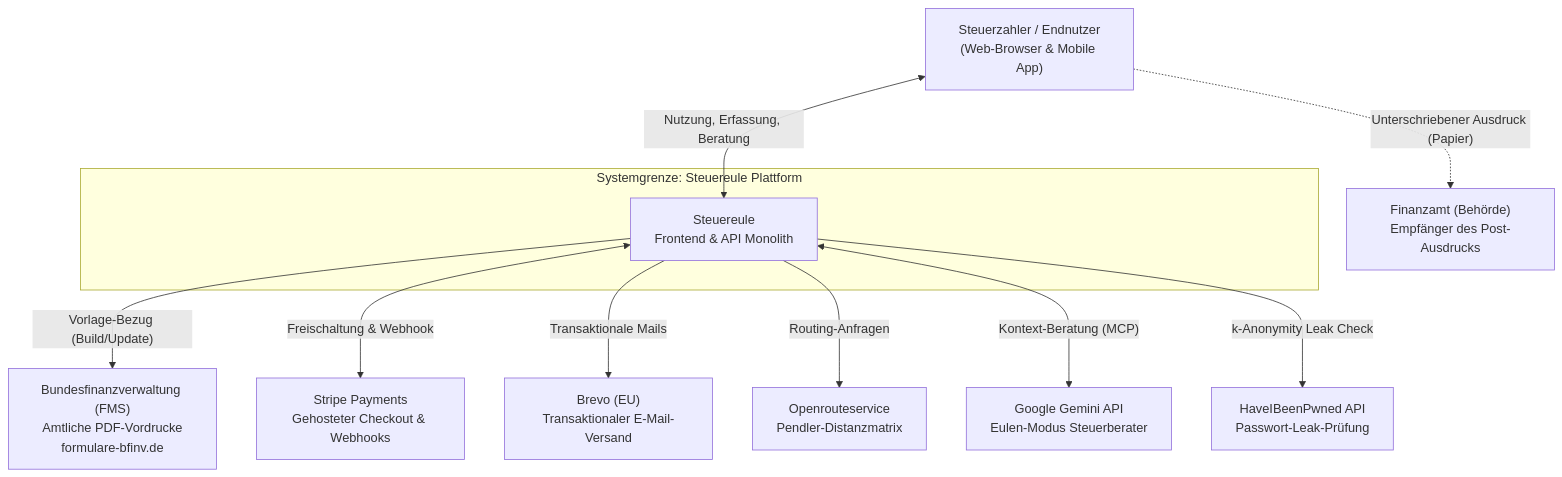
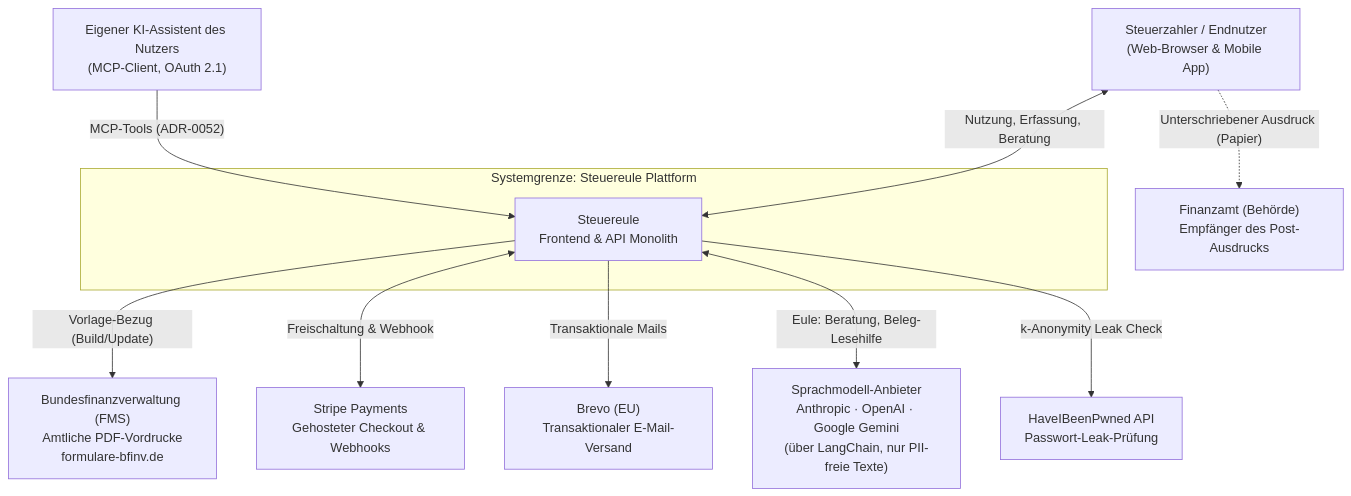
The first of 6 diagrams in docs/architecture.md (NexusHero/Steuereule), drawn with Mermaid before and after one commit. The commit also changed other lines of this file and 4 other files, not shown here.

First line of the commit message:
docs(architecture): the hexagon, drawn and explained

````diff
--- a/docs/architecture.md
+++ b/docs/architecture.md
@@ -83,25 +83,25 @@
 ```mermaid
 flowchart TD
   User["Steuerzahler / Endnutzer\n(Web-Browser & Mobile App)"]
 
   subgraph SystemBoundary ["Systemgrenze: Steuereule Plattform"]
     App["Steuereule\nFrontend & API Monolith"]
   end
 
   BMF["Bundesfinanzverwaltung (FMS)\nAmtliche PDF-Vordrucke\nformulare-bfinv.de"]
   Stripe["Stripe Payments\nGehosteter Checkout & Webhooks"]
   Brevo["Brevo (EU)\nTransaktionaler E-Mail-Versand"]
-  ORS["Openrouteservice\nPendler-Distanzmatrix"]
-  Gemini["Google Gemini API\nEulen-Modus Steuerberater"]
+  LLM["Sprachmodell-Anbieter\nAnthropic · OpenAI · Google Gemini\n(über LangChain, nur PII-freie Texte)"]
+  Assistant["Eigener KI-Assistent des Nutzers\n(MCP-Client, OAuth 2.1)"]
   HIBP["HaveIBeenPwned API\nPasswort-Leak-Prüfung"]
   Finanzamt["Finanzamt (Behörde)\nEmpfänger des Post-Ausdrucks"]
 
   User <-->|"Nutzung, Erfassung, Beratung"| App
   App -->|"Vorlage-Bezug (Build/Update)"| BMF
   App <-->|"Freischaltung & Webhook"| Stripe
   App -->|"Transaktionale Mails"| Brevo
-  App -->|"Routing-Anfragen"| ORS
-  App <-->|"Kontext-Beratung (MCP)"| Gemini
+  App <-->|"Eule: Beratung, Beleg-Lesehilfe"| LLM
+  Assistant -->|"MCP-Tools (ADR-0052)"| App
   App -->|"k-Anonymity Leak Check"| HIBP
   User -.->|"Unterschriebener Ausdruck (Papier)"| Finanzamt
 ```
````
